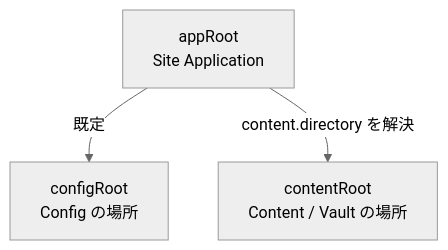
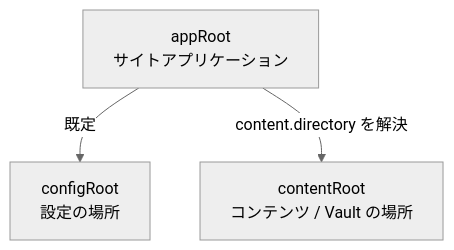
Before and after one commit to Rerurate514/riebeckite: the first of 5 diagrams in docs/docs/reference/configuration/roots.ja.md, drawn with Mermaid (neutral theme). The commit also changed other lines of this file and 310 other files, not shown here.

````diff
--- a/docs/docs/reference/configuration/roots.ja.md
+++ b/docs/docs/reference/configuration/roots.ja.md
@@ -18,9 +16,9 @@
 ```mermaid id="w3x2dv"
 flowchart TD
-    App["appRoot<br/>Site Application"]
-    Config["configRoot<br/>Config の場所"]
-    Content["contentRoot<br/>Content / Vault の場所"]
+    App["appRoot<br/>サイトアプリケーション"]
+    Config["configRoot<br/>設定の場所"]
+    Content["contentRoot<br/>コンテンツ / Vault の場所"]
 
     App -->|"既定"| Config
     App -->|"content.directory を解決"| Content
 ```
````
